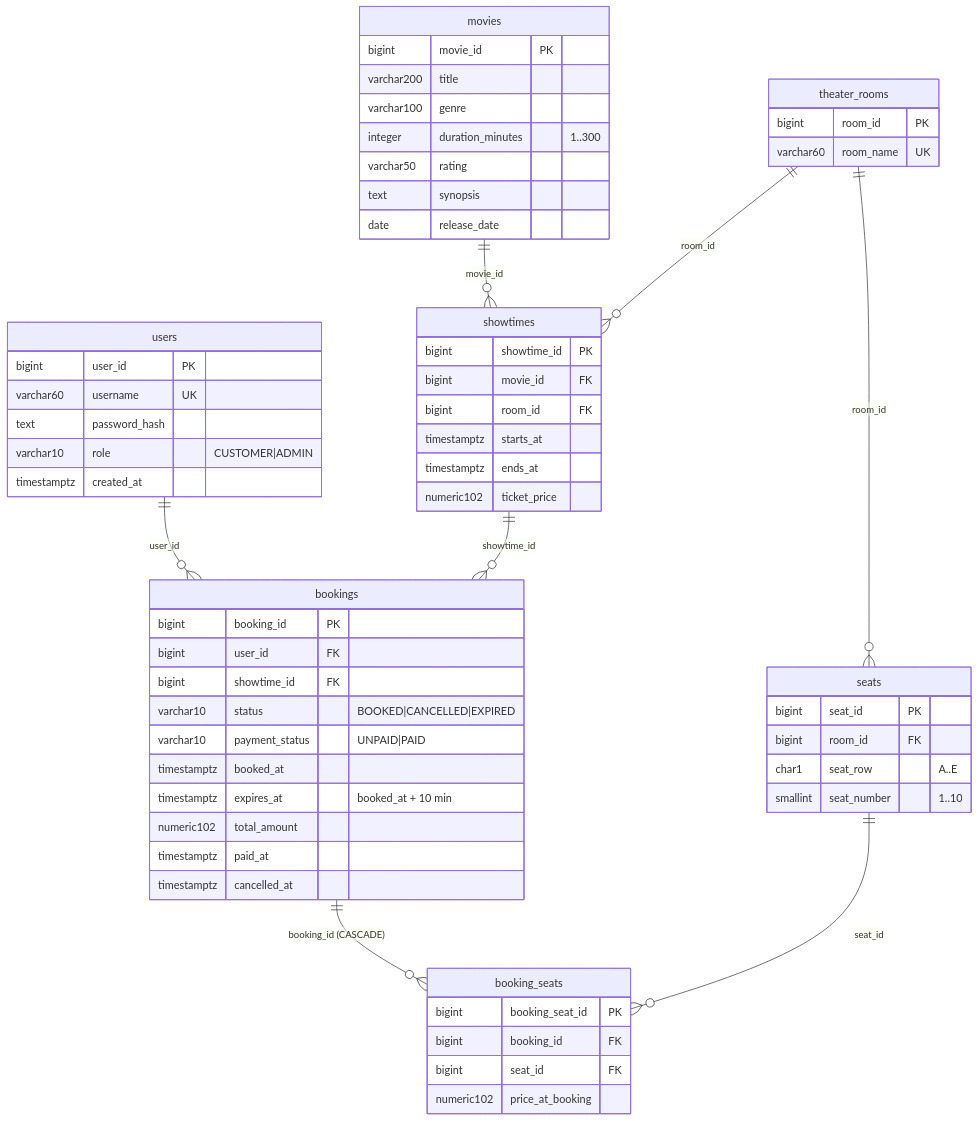
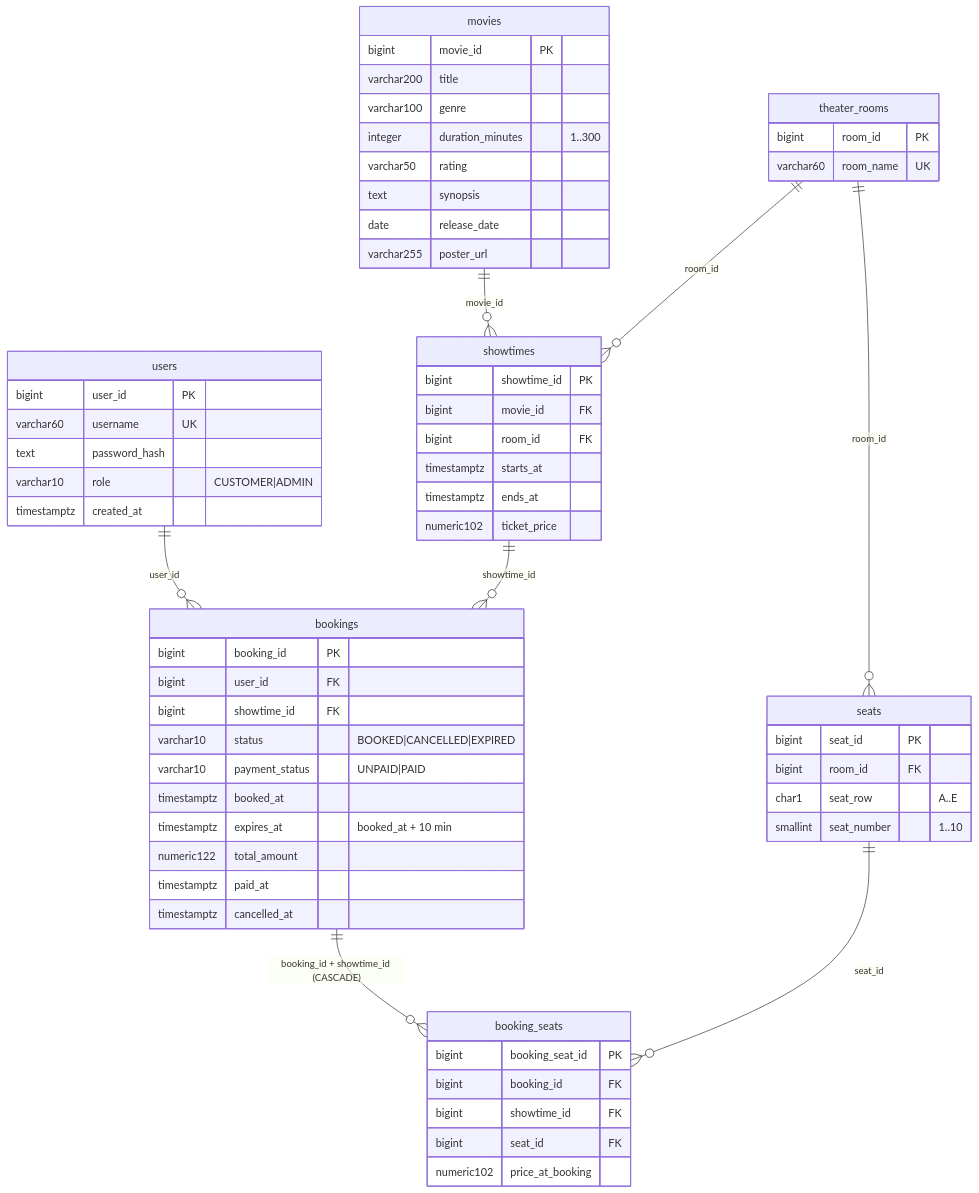
Before and after one commit to unhodrgn/Cinema: the diagram in docs/database/physical_data_model.md, drawn with Mermaid. The commit also changed other lines of this file and 19 other files, not shown here.

Commit message:
docs(db): finalize Korean schema docs and executable SQL demos

````diff
--- a/docs/database/physical_data_model.md
+++ b/docs/database/physical_data_model.md
@@ -8,63 +8,65 @@
 ```mermaid
 erDiagram
     users ||--o{ bookings : "user_id"
     movies ||--o{ showtimes : "movie_id"
     theater_rooms ||--o{ seats : "room_id"
     theater_rooms ||--o{ showtimes : "room_id"
     showtimes ||--o{ bookings : "showtime_id"
-    bookings ||--o{ booking_seats : "booking_id (CASCADE)"
+    bookings ||--o{ booking_seats : "booking_id + showtime_id (CASCADE)"
     seats ||--o{ booking_seats : "seat_id"
 
     users {
         bigint user_id PK
         varchar60 username UK
         text password_hash
         varchar10 role "CUSTOMER|ADMIN"
         timestamptz created_at
     }
     movies {
         bigint movie_id PK
         varchar200 title
         varchar100 genre
         integer duration_minutes "1..300"
         varchar50 rating
         text synopsis
         date release_date
+        varchar255 poster_url
     }
     theater_rooms {
         bigint room_id PK
         varchar60 room_name UK
     }
     seats {
         bigint seat_id PK
         bigint room_id FK
         char1 seat_row "A..E"
         smallint seat_number "1..10"
     }
     showtimes {
         bigint showtime_id PK
         bigint movie_id FK
         bigint room_id FK
         timestamptz starts_at
         timestamptz ends_at
         numeric102 ticket_price
     }
     bookings {
         bigint booking_id PK
         bigint user_id FK
         bigint showtime_id FK
         varchar10 status "BOOKED|CANCELLED|EXPIRED"
         varchar10 payment_status "UNPAID|PAID"
         timestamptz booked_at
         timestamptz expires_at "booked_at + 10 min"
-        numeric102 total_amount
+        numeric122 total_amount
         timestamptz paid_at
         timestamptz cancelled_at
     }
     booking_seats {
         bigint booking_seat_id PK
         bigint booking_id FK
+        bigint showtime_id FK
         bigint seat_id FK
         numeric102 price_at_booking
     }
 ```
````
